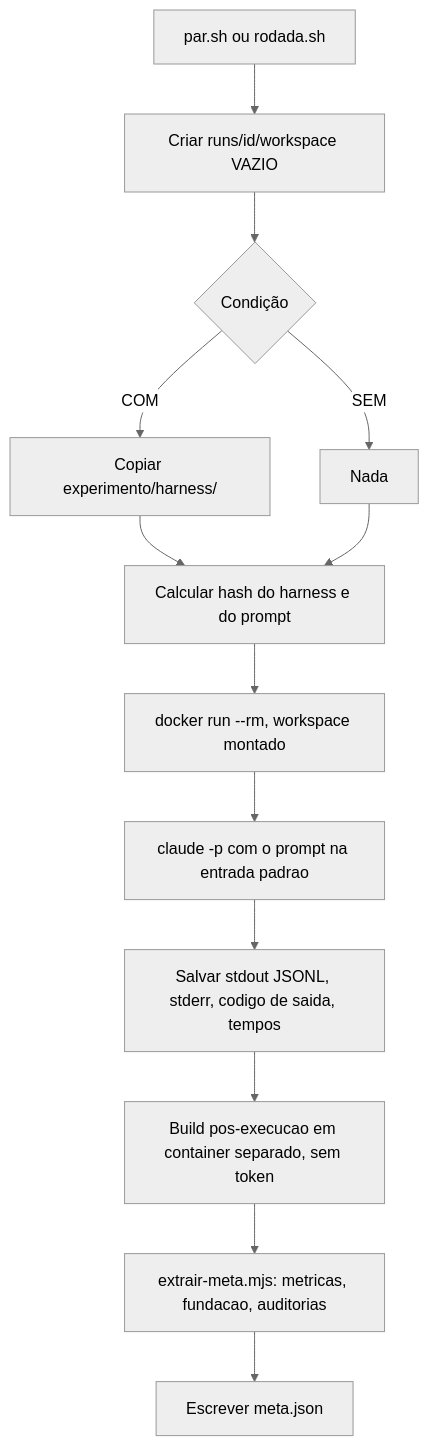
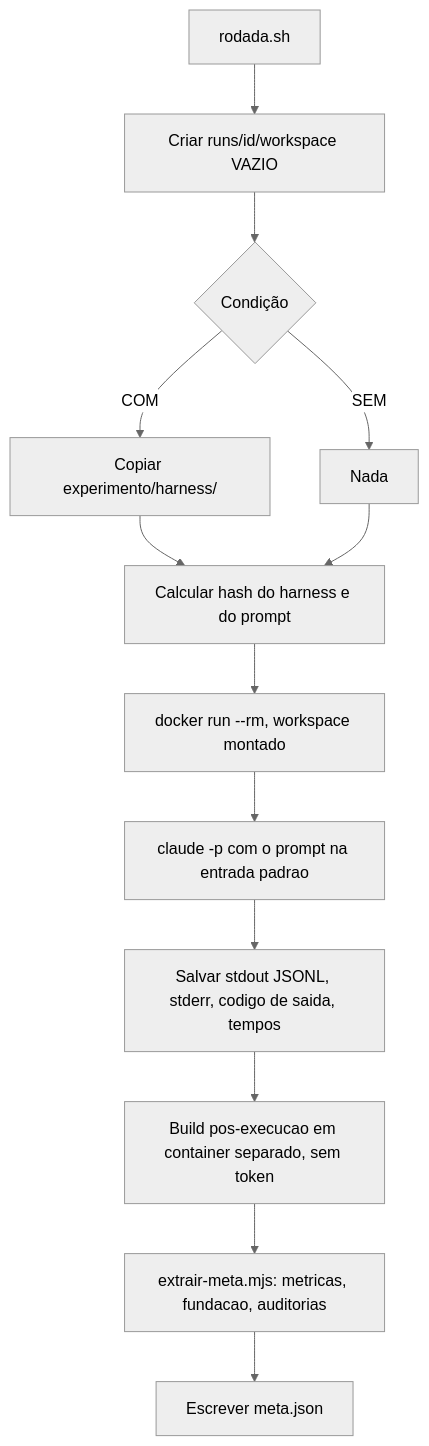
One commit to FLucasF/TCC changed the first of 2 diagrams in docs/plano.md. Above: the diagram before and after it, drawn with Mermaid (neutral theme). The commit also changed other lines of this file and 19 other files, not shown here.

````diff
--- a/docs/plano.md
+++ b/docs/plano.md
@@ -663,15 +665,15 @@
 ```mermaid
 flowchart TD
-    A[par.sh ou rodada.sh] --> B[Criar runs/id/workspace VAZIO]
+    A[rodada.sh] --> B[Criar runs/id/workspace VAZIO]
     B --> D{Condição}
     D -- COM --> E[Copiar experimento/harness/]
     D -- SEM --> F[Nada]
     E --> G[Calcular hash do harness e do prompt]
     F --> G
     G --> H[docker run --rm, workspace montado]
     H --> I[claude -p com o prompt na entrada padrao]
     I --> J[Salvar stdout JSONL, stderr, codigo de saida, tempos]
     J --> K[Build pos-execucao em container separado, sem token]
     K --> L[extrair-meta.mjs: metricas, fundacao, auditorias]
     L --> M[Escrever meta.json]
 ```
````
